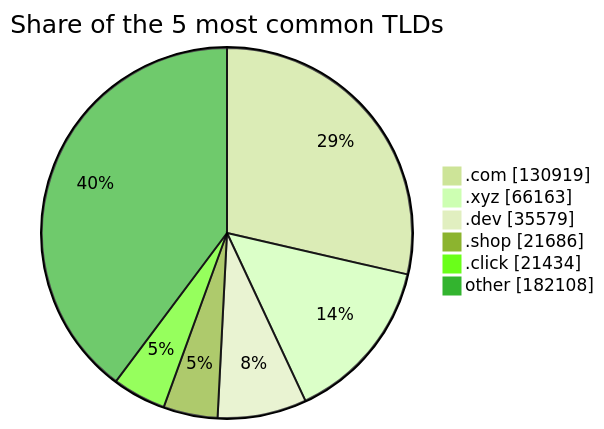
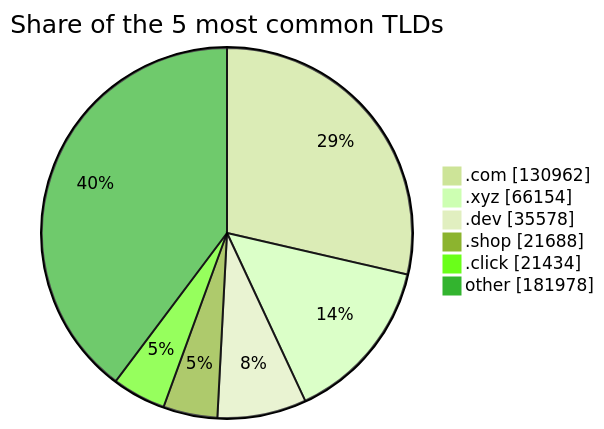
The third of 3 diagrams in README.md (DNSBunker/CTI), drawn with Mermaid (forest theme) before and after one commit. The commit also changed other lines of this file and 3 other files, not shown here.

````diff
--- a/README.md
+++ b/README.md
@@ -81,9 +81,9 @@
 ```mermaid
 pie showData title Share of the 5 most common TLDs
-    ".com" : 130919
-    ".xyz" : 66163
-    ".dev" : 35579
-    ".shop" : 21686
+    ".com" : 130962
+    ".xyz" : 66154
+    ".dev" : 35578
+    ".shop" : 21688
     ".click" : 21434
-    "other" : 182108
+    "other" : 181978
 ```
````
